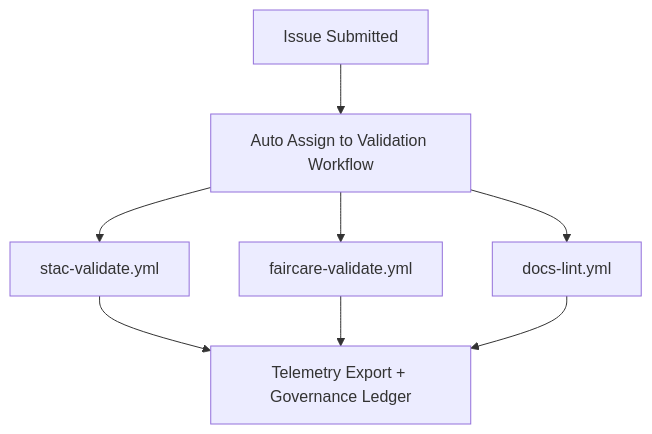
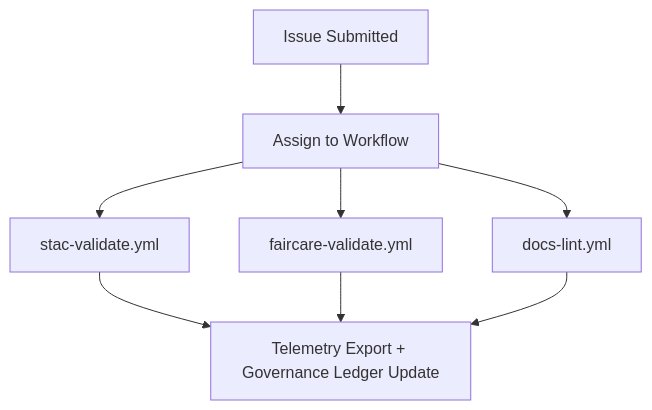
Before and after one commit to bartytime4life/Kansas-Frontier-Matrix: the diagram in .github/ISSUE_TEMPLATE/README.md, drawn with Mermaid. The commit also changed other lines of this file, not shown here.

First line of the commit message:
Revise README for issue templates and governance forms

````diff
--- a/.github/ISSUE_TEMPLATE/README.md
+++ b/.github/ISSUE_TEMPLATE/README.md
@@ -140,8 +139,8 @@
 ```mermaid
 flowchart TD
-A["Issue Submitted"] --> B["Auto Assign to Validation Workflow"]
+A["Issue Submitted"] --> B["Assign to Workflow"]
 B --> C["stac-validate.yml"]
 B --> D["faircare-validate.yml"]
 B --> E["docs-lint.yml"]
-C & D & E --> F["Telemetry Export + Governance Ledger"]
+C & D & E --> F["Telemetry Export + Governance Ledger Update"]
 ```
````
